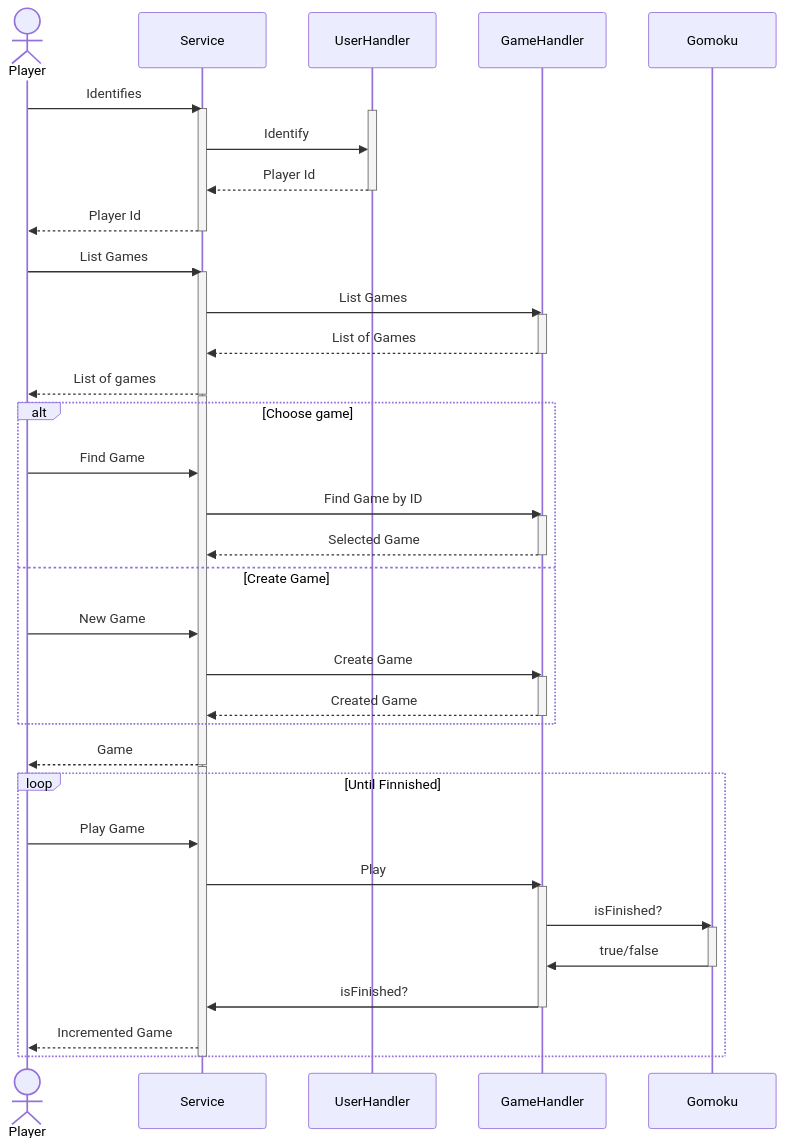
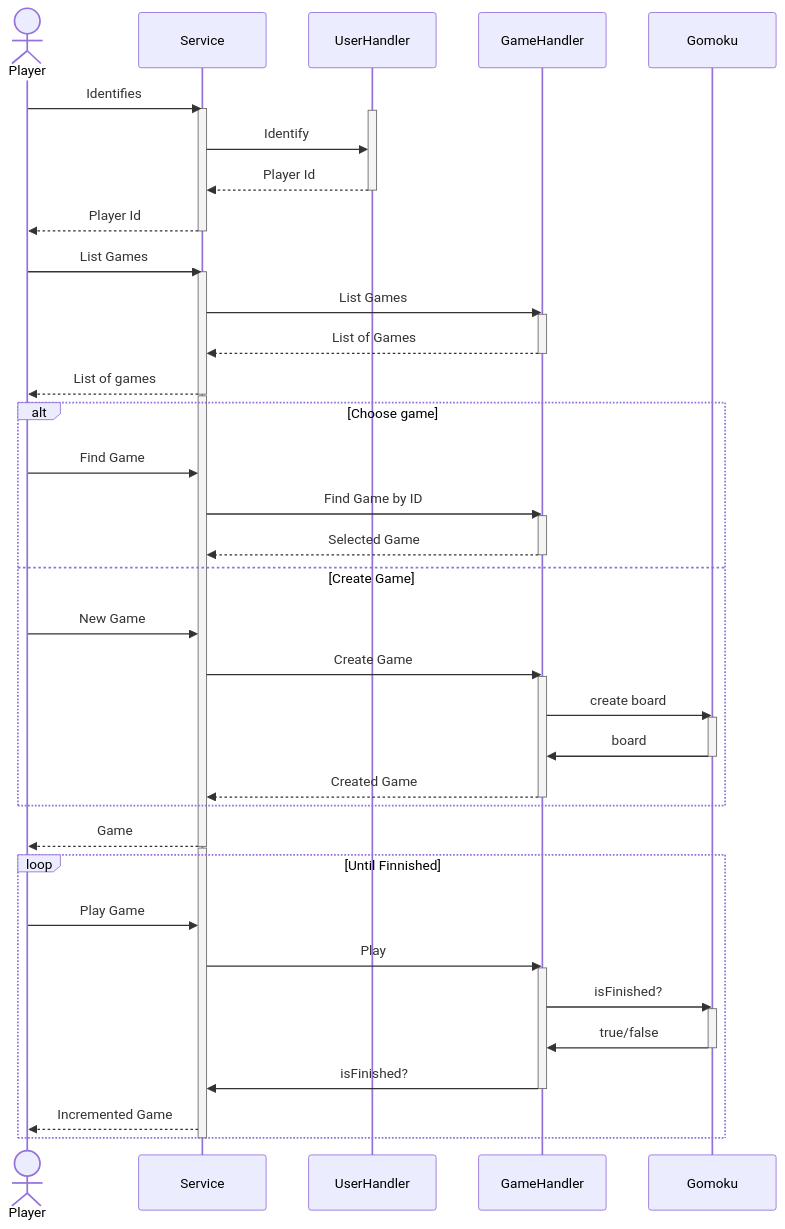
One commit to miwashi-edu/edu-http-classic-gomoku-js changed the diagram in README.md. Above: the diagram before and after it, drawn with Mermaid.

````diff
--- a/README.md
+++ b/README.md
@@ -17,59 +17,63 @@
 ```mermaid
 
 sequenceDiagram
     actor Player
     participant Service
     participant UserHandler
     participant GameHandler
     participant Gomoku
 
     Player->>Service: Identifies
     activate Service
     activate UserHandler
     Service->>UserHandler: Identify
     UserHandler-->>Service: Player Id
     deactivate UserHandler
     Service-->>Player: Player Id
     deactivate Service
     
     Player->>Service: List Games
     activate Service
     Service->>GameHandler: List Games
     activate GameHandler
     GameHandler-->>Service: List of Games
     deactivate GameHandler
     Service-->>Player: List of games
     deactivate Service
     
     activate Service
     alt Choose game
         Player->>Service: Find Game
         Service->>GameHandler: Find Game by ID
         activate GameHandler
         GameHandler-->>Service: Selected Game
         deactivate GameHandler
     else Create Game
         Player->>Service: New Game
         Service->>GameHandler: Create Game
         activate GameHandler
+        GameHandler->>Gomoku: create board
+        activate Gomoku
+        Gomoku->>GameHandler: board
+        deactivate Gomoku
         GameHandler-->>Service: Created Game
         deactivate GameHandler
     end
     Service-->>Player: Game
     deactivate Service
     
     activate Service
     loop Until Finnished
         Player->>Service: Play Game
         Service->>GameHandler: Play
         activate GameHandler
         GameHandler->>Gomoku: isFinished?
         activate Gomoku
         Gomoku->>GameHandler: true/false
         deactivate Gomoku
         GameHandler->>Service: isFinished?
         deactivate GameHandler
         Service-->>Player: Incremented Game
     end
     deactivate Service
 ```
````
